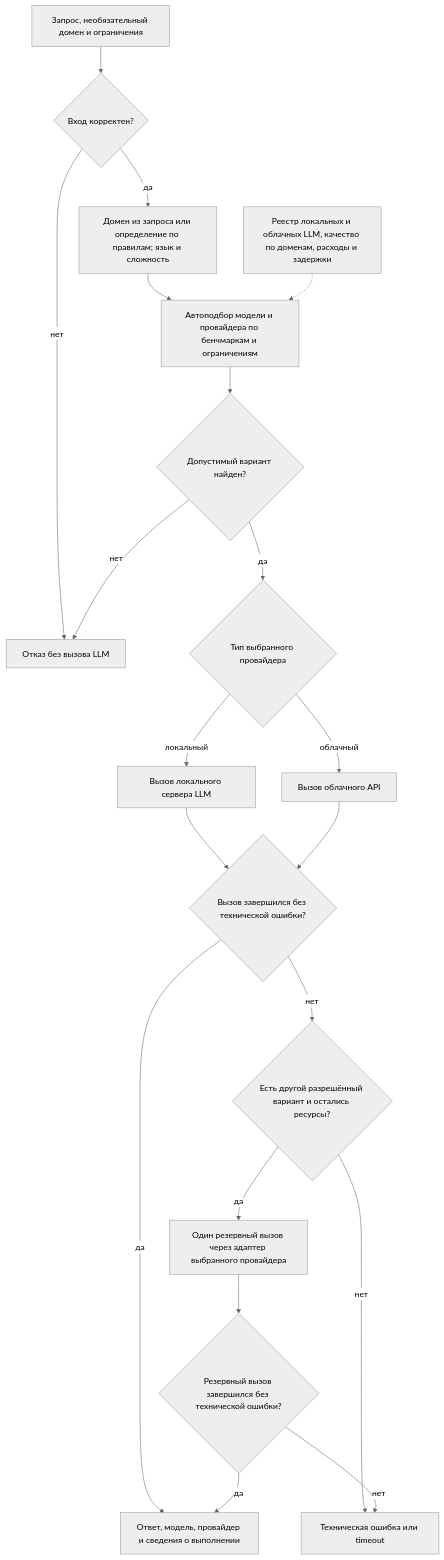
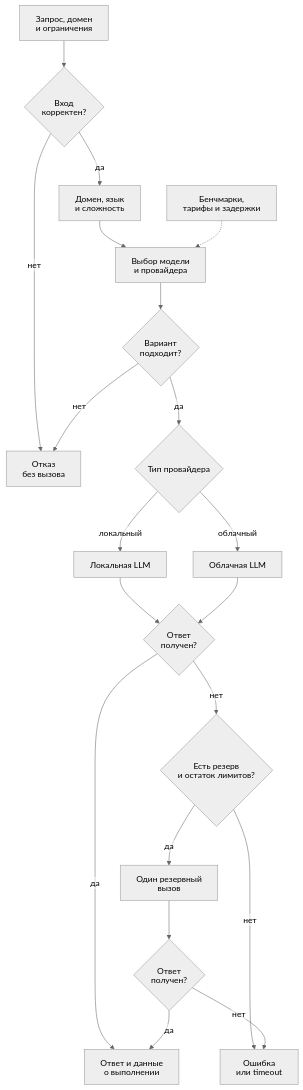
One commit to Mixlazer/ML_Sys_Design_HW changed the second of 2 diagrams in docs/ml_system_design_doc.md. Above: the diagram before and after it, drawn with Mermaid (neutral theme). The commit also changed other lines of this file and 1 other file, not shown here.

Commit message:
Fix diagram label clipping and focus project risks

````diff
--- a/docs/ml_system_design_doc.md
+++ b/docs/ml_system_design_doc.md
@@ -224,22 +225,23 @@
 ```mermaid
+%%{init: {"htmlLabels": false, "fontFamily": "Arial, sans-serif", "fontSize": 16}}%%
 flowchart TD
-    REQUEST["Запрос, необязательный домен и ограничения"] --> VALID{"Вход корректен?"}
-    VALID -->|"нет"| REJECT["Отказ без вызова LLM"]
-    VALID -->|"да"| DOMAIN["Домен из запроса или определение по правилам; язык и сложность"]
-    DOMAIN --> SELECT["Автоподбор модели и провайдера по бенчмаркам и ограничениям"]
-    PROFILES["Реестр локальных и облачных LLM, качество по доменам, расходы и задержки"] -.-> SELECT
-    SELECT --> AVAILABLE{"Допустимый вариант найден?"}
+    REQUEST["Запрос, домен<br/>и ограничения"] --> VALID{"Вход<br/>корректен?"}
+    VALID -->|"нет"| REJECT["Отказ<br/>без вызова"]
+    VALID -->|"да"| DOMAIN["Домен, язык<br/>и сложность"]
+    DOMAIN --> SELECT["Выбор модели<br/>и провайдера"]
+    PROFILES["Бенчмарки,<br/>тарифы и задержки"] -.-> SELECT
+    SELECT --> AVAILABLE{"Вариант<br/>подходит?"}
     AVAILABLE -->|"нет"| REJECT
-    AVAILABLE -->|"да"| PROVIDER{"Тип выбранного провайдера"}
-    PROVIDER -->|"локальный"| LOCAL["Вызов локального сервера LLM"]
-    PROVIDER -->|"облачный"| CLOUD["Вызов облачного API"]
-    LOCAL --> RECEIVED{"Вызов завершился без технической ошибки?"}
+    AVAILABLE -->|"да"| PROVIDER{"Тип провайдера"}
+    PROVIDER -->|"локальный"| LOCAL["Локальная LLM"]
+    PROVIDER -->|"облачный"| CLOUD["Облачная LLM"]
+    LOCAL --> RECEIVED{"Ответ<br/>получен?"}
     CLOUD --> RECEIVED
-    RECEIVED -->|"да"| RESPONSE["Ответ, модель, провайдер и сведения о выполнении"]
-    RECEIVED -->|"нет"| CAN_RETRY{"Есть другой разрешённый вариант и остались ресурсы?"}
-    CAN_RETRY -->|"нет"| ERROR["Техническая ошибка или timeout"]
-    CAN_RETRY -->|"да"| RETRY["Один резервный вызов через адаптер выбранного провайдера"]
-    RETRY --> RETRY_OK{"Резервный вызов завершился без технической ошибки?"}
+    RECEIVED -->|"да"| RESPONSE["Ответ и данные<br/>о выполнении"]
+    RECEIVED -->|"нет"| CAN_RETRY{"Есть резерв<br/>и остаток лимитов?"}
+    CAN_RETRY -->|"нет"| ERROR["Ошибка<br/>или timeout"]
+    CAN_RETRY -->|"да"| RETRY["Один резервный<br/>вызов"]
+    RETRY --> RETRY_OK{"Ответ<br/>получен?"}
     RETRY_OK -->|"да"| RESPONSE
     RETRY_OK -->|"нет"| ERROR
 ```
````
